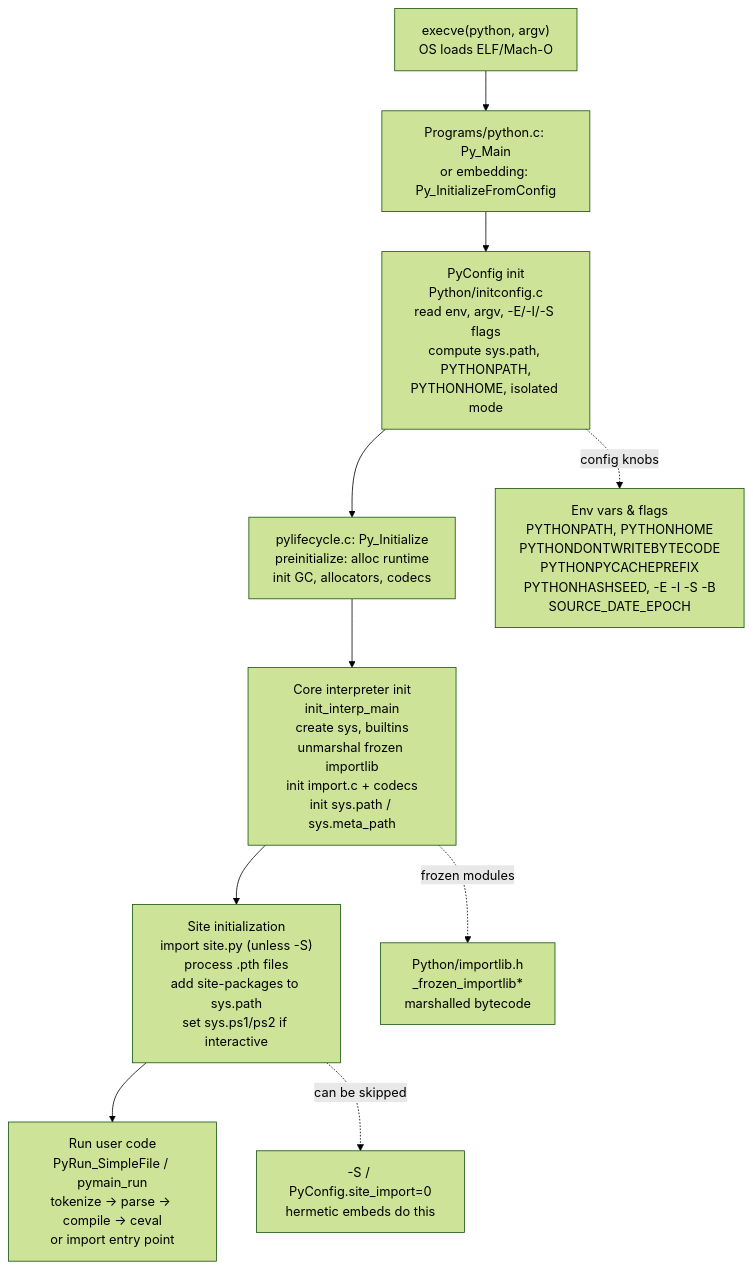
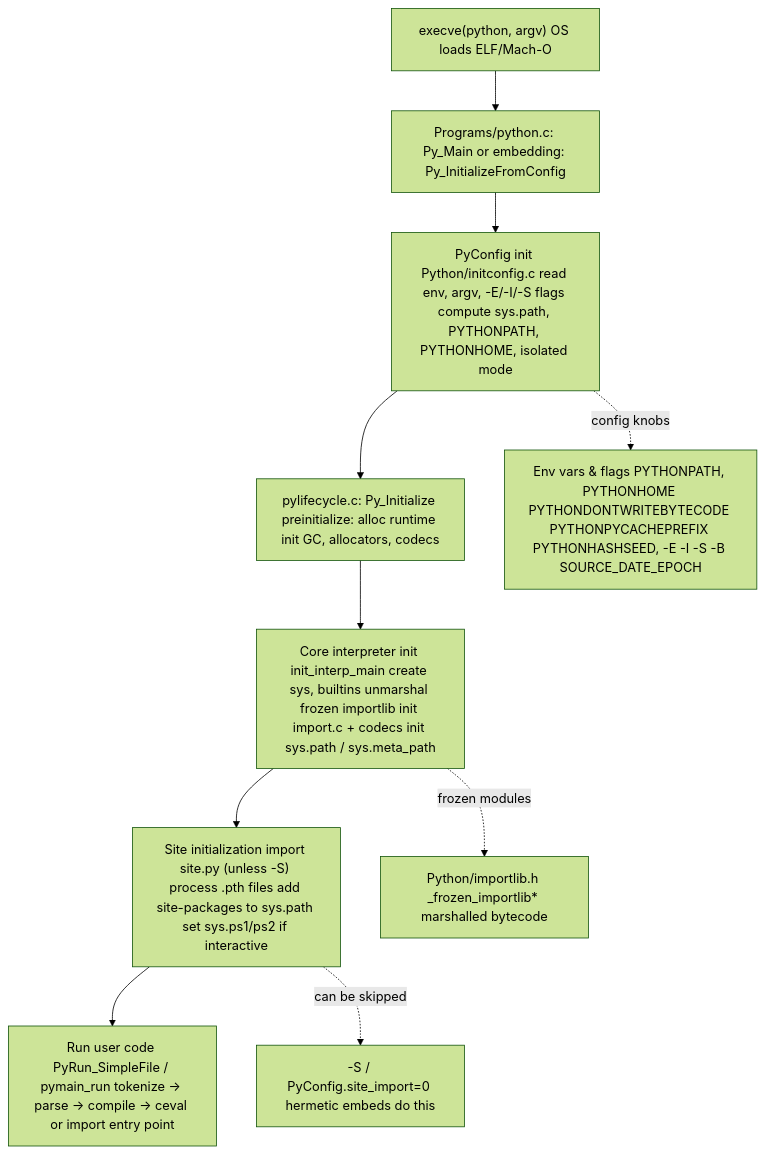
Before and after one commit to bumbsclaw/textbooks: the sixth of 6 diagrams in vol-16-python-cpython-internals/ch01-cpython-architecture.md, drawn with Mermaid (forest theme). The commit also changed other lines of this file and 9 other files, not shown here.

First line of the commit message:
fix(pdf, mermaid): syntax-highlighted code blocks + diagram label fixes

````diff
--- a/vol-16-python-cpython-internals/ch01-cpython-architecture.md
+++ b/vol-16-python-cpython-internals/ch01-cpython-architecture.md
@@ -687,16 +687,16 @@
 ```mermaid
 flowchart TB
-    EXEC["execve(python, argv)<br/>OS loads ELF/Mach-O"]
-    MAIN["Programs/python.c: Py_Main<br/>or embedding: Py_InitializeFromConfig"]
-    CFG["PyConfig init<br/>Python/initconfig.c<br/>read env, argv, -E/-I/-S flags<br/>compute sys.path, PYTHONPATH,<br/>PYTHONHOME, isolated mode"]
-    PRE["pylifecycle.c: Py_Initialize<br/>preinitialize: alloc runtime<br/>init GC, allocators, codecs"]
-    CORE["Core interpreter init<br/>init_interp_main<br/>create sys, builtins<br/>unmarshal frozen importlib<br/>init import.c + codecs<br/>init sys.path / sys.meta_path"]
-    SITE["Site initialization<br/>import site.py (unless -S)<br/>process .pth files<br/>add site-packages to sys.path<br/>set sys.ps1/ps2 if interactive"]
-    USER["Run user code<br/>PyRun_SimpleFile / pymain_run<br/>tokenize → parse → compile → ceval<br/>or import entry point"]
+    EXEC["execve(python, argv) OS loads ELF/Mach-O"]
+    MAIN["Programs/python.c: Py_Main or embedding: Py_InitializeFromConfig"]
+    CFG["PyConfig init Python/initconfig.c read env, argv, -E/-I/-S flags compute sys.path, PYTHONPATH, PYTHONHOME, isolated mode"]
+    PRE["pylifecycle.c: Py_Initialize preinitialize: alloc runtime init GC, allocators, codecs"]
+    CORE["Core interpreter init init_interp_main create sys, builtins unmarshal frozen importlib init import.c + codecs init sys.path / sys.meta_path"]
+    SITE["Site initialization import site.py (unless -S) process .pth files add site-packages to sys.path set sys.ps1/ps2 if interactive"]
+    USER["Run user code PyRun_SimpleFile / pymain_run tokenize → parse → compile → ceval or import entry point"]
 
     EXEC --> MAIN --> CFG --> PRE --> CORE --> SITE --> USER
 
-    CFG -.->|config knobs| ENV["Env vars & flags<br/>PYTHONPATH, PYTHONHOME<br/>PYTHONDONTWRITEBYTECODE<br/>PYTHONPYCACHEPREFIX<br/>PYTHONHASHSEED, -E -I -S -B<br/>SOURCE_DATE_EPOCH"]
-    CORE -.->|frozen modules| FROZEN["Python/importlib.h<br/>_frozen_importlib*<br/>marshalled bytecode"]
-    SITE -.->|can be skipped| NOSITE["-S / PyConfig.site_import=0<br/>hermetic embeds do this"]
+    CFG -.->|config knobs| ENV["Env vars & flags PYTHONPATH, PYTHONHOME PYTHONDONTWRITEBYTECODE PYTHONPYCACHEPREFIX PYTHONHASHSEED, -E -I -S -B SOURCE_DATE_EPOCH"]
+    CORE -.->|frozen modules| FROZEN["Python/importlib.h _frozen_importlib* marshalled bytecode"]
+    SITE -.->|can be skipped| NOSITE["-S / PyConfig.site_import=0 hermetic embeds do this"]
 ```
````
